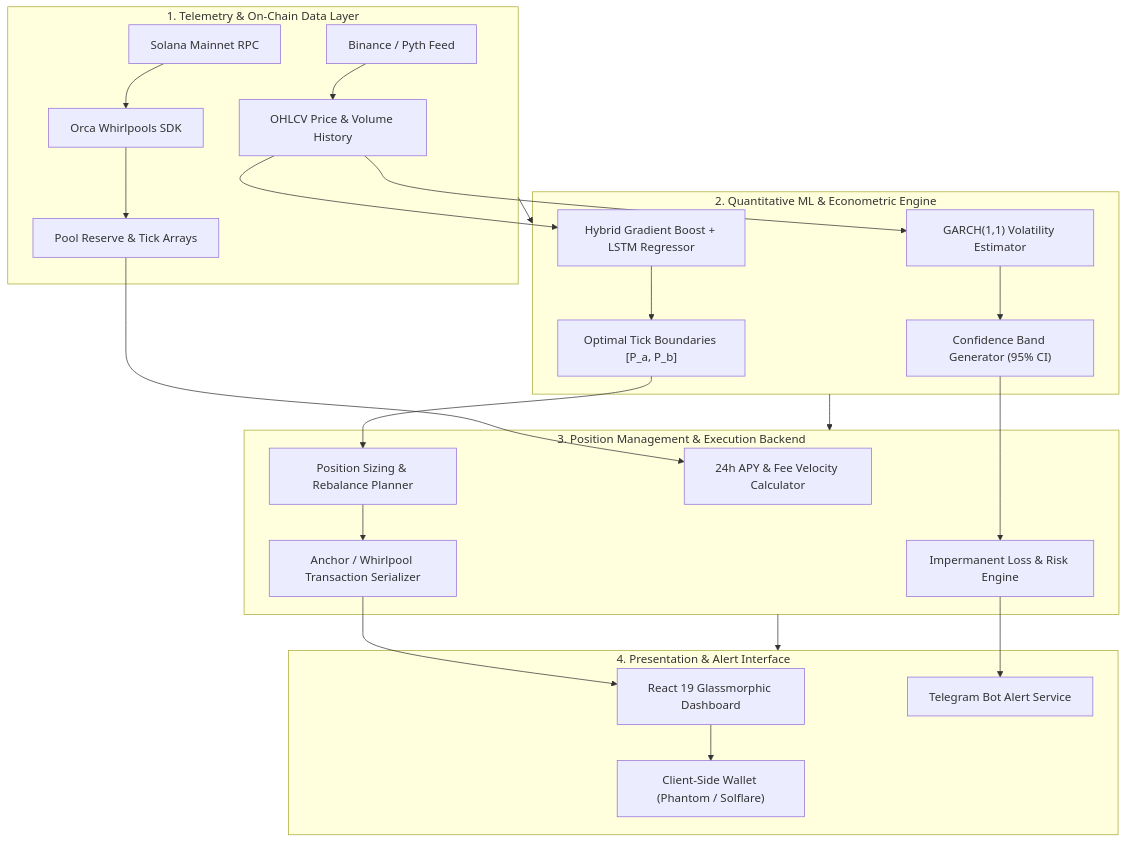
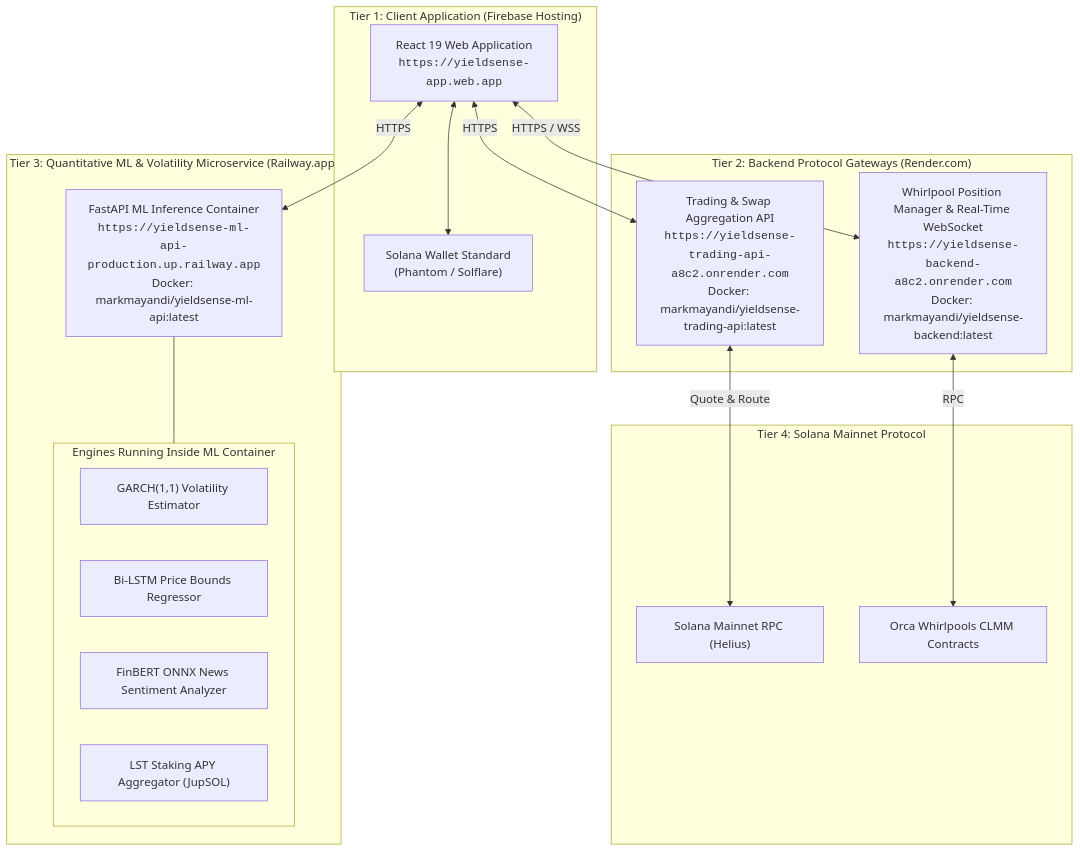
Before and after one commit to Manimaran-tech/stable_yeildsense: the diagram in README.md, drawn with Mermaid. The commit also changed other lines of this file, not shown here.

Commit message:
docs: integrate live production URLs for Render backend, Trading API, and Railway ML engine into services table and architecture

````diff
--- a/README.md
+++ b/README.md
@@ -60,30 +62,35 @@
 ```mermaid
 flowchart TD
-    subgraph DATA["1. Telemetry & On-Chain Data Layer"]
-        SOL["Solana Mainnet RPC"] --> ORCA["Orca Whirlpools SDK"]
-        ORCA --> POOL["Pool Reserve & Tick Arrays"]
-        BINANCE["Binance / Pyth Feed"] --> OHLCV["OHLCV Price & Volume History"]
+    subgraph TIER1["Tier 1: Client Application (Firebase Hosting)"]
+        WEB["React 19 Web Application<br/><code>https://yieldsense-app.web.app</code>"]
+        WALLET["Solana Wallet Standard<br/>(Phantom / Solflare)"]
+        WEB <--> WALLET
     end
 
-    subgraph ML["2. Quantitative ML & Econometric Engine"]
-        OHLCV --> GARCH["GARCH(1,1) Volatility Estimator"]
-        OHLCV --> LSTM["Hybrid Gradient Boost + LSTM Regressor"]
-        GARCH --> CONF["Confidence Band Generator (95% CI)"]
-        LSTM --> BOUNDS["Optimal Tick Boundaries [P_a, P_b]"]
+    subgraph TIER2["Tier 2: Backend Protocol Gateways (Render.com)"]
+        BACKEND["Whirlpool Position Manager & Real-Time WebSocket<br/><code>https://yieldsense-backend-a8c2.onrender.com</code><br/>Docker: markmayandi/yieldsense-backend:latest"]
+        TRADING["Trading & Swap Aggregation API<br/><code>https://yieldsense-trading-api-a8c2.onrender.com</code><br/>Docker: markmayandi/yieldsense-trading-api:latest"]
     end
 
-    subgraph ENGINE["3. Position Management & Execution Backend"]
-        POOL --> YIELD["24h APY & Fee Velocity Calculator"]
-        BOUNDS --> REBAL["Position Sizing & Rebalance Planner"]
-        CONF --> RISK["Impermanent Loss & Risk Engine"]
-        REBAL --> TX["Anchor / Whirlpool Transaction Serializer"]
+    subgraph TIER3["Tier 3: Quantitative ML & Volatility Microservice (Railway.app)"]
+        ML["FastAPI ML Inference Container<br/><code>https://yieldsense-ml-api-production.up.railway.app</code><br/>Docker: markmayandi/yieldsense-ml-api:latest"]
+        subgraph ENGINES["Engines Running Inside ML Container"]
+            GARCH["GARCH(1,1) Volatility Estimator"]
+            LSTM["Bi-LSTM Price Bounds Regressor"]
+            FINBERT["FinBERT ONNX News Sentiment Analyzer"]
+            STAKING["LST Staking APY Aggregator (JupSOL)"]
+        end
+        ML --- ENGINES
     end
 
-    subgraph UI["4. Presentation & Alert Interface"]
-        TX --> DASH["React 19 Glassmorphic Dashboard"]
-        RISK --> TELEGRAM["Telegram Bot Alert Service"]
-        DASH --> WALLET["Client-Side Wallet (Phantom / Solflare)"]
+    subgraph TIER4["Tier 4: Solana Mainnet Protocol"]
+        RPC["Solana Mainnet RPC (Helius)"]
+        ORCA["Orca Whirlpools CLMM Contracts"]
     end
 
-    DATA --> ML --> ENGINE --> UI
+    WEB <-->|HTTPS / WSS| BACKEND
+    WEB <-->|HTTPS| TRADING
+    WEB <-->|HTTPS| ML
+    BACKEND <-->|RPC| ORCA
+    TRADING <-->|Quote & Route| RPC
 ```
````
